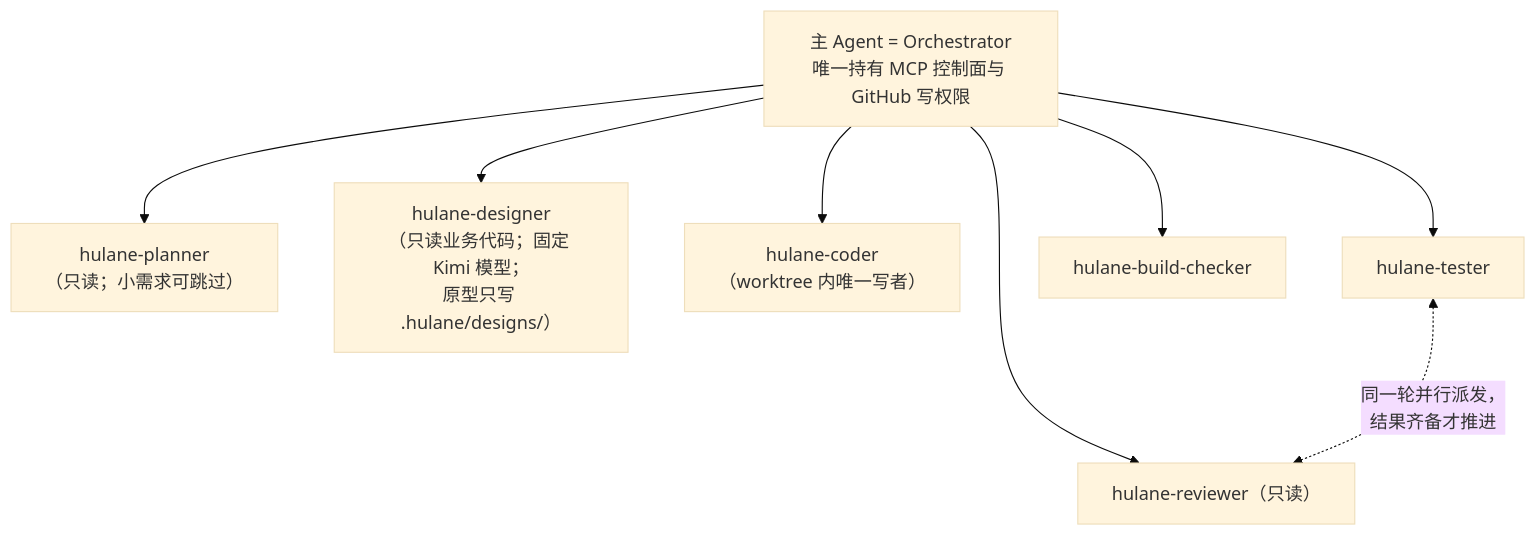
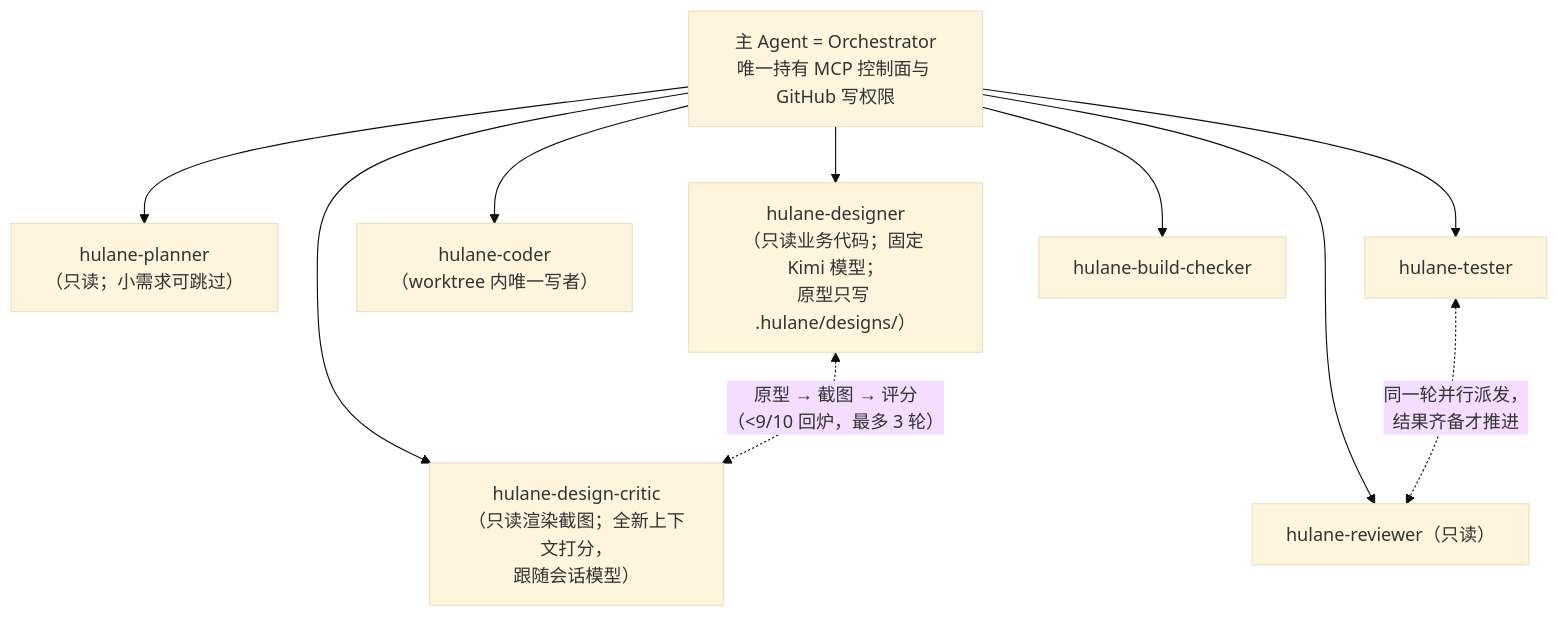
The ninth of 10 diagrams in FLOWCHARTS.md (hutong236/hutong-zcode-marketplace), drawn with Mermaid (base theme) before and after one commit. The commit also changed other lines of this file and 12 other files, not shown here.

First line of the commit message:
feat(hulane): 页面设计重构为评估回环并新增 hulane-design-critic（V3.5.0）

````diff
--- a/FLOWCHARTS.md
+++ b/FLOWCHARTS.md
@@ -190,10 +200,12 @@
 ```mermaid
 flowchart TD
   ORCH["主 Agent = Orchestrator<br>唯一持有 MCP 控制面与 GitHub 写权限"] --> PL["hulane-planner<br>（只读；小需求可跳过）"]
   ORCH --> DS["hulane-designer<br>（只读业务代码；固定 Kimi 模型；<br>原型只写 .hulane/designs/）"]
+  ORCH --> DC["hulane-design-critic<br>（只读渲染截图；全新上下文打分，<br>跟随会话模型）"]
+  DS <-.->|"原型 → 截图 → 评分<br>（<9/10 回炉，最多 3 轮）"| DC
   ORCH --> CO["hulane-coder<br>（worktree 内唯一写者）"]
   ORCH --> TE["hulane-tester"]
   ORCH --> RE["hulane-reviewer（只读）"]
   ORCH --> BC["hulane-build-checker"]
   TE <-.->|"同一轮并行派发，<br>结果齐备才推进"| RE
 ```
````
